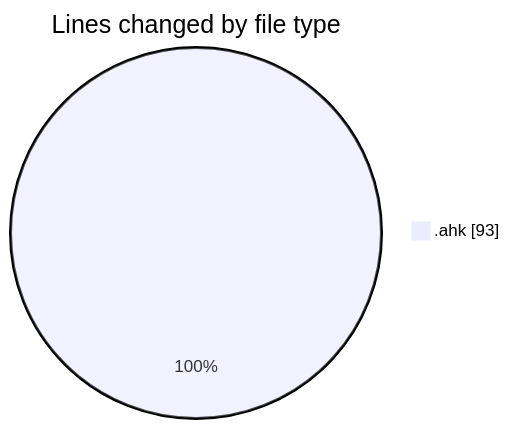
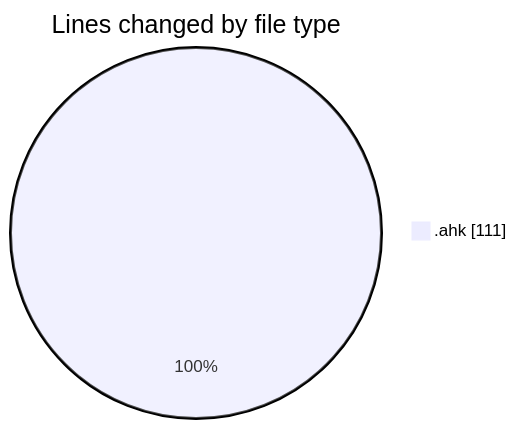
One commit to Ritupan-Deka/code-tracking changed the first of 2 diagrams in 2025-01-26/desktop/README.md. Above: the diagram before and after it, drawn with Mermaid. The commit also changed other lines of this file and 1 other file, not shown here.

````diff
--- a/2025-01-26/desktop/README.md
+++ b/2025-01-26/desktop/README.md
@@ -20,5 +20,5 @@
 ```mermaid
 pie showData
 title Lines changed by file type
-".ahk" : 93
+".ahk" : 111
 ```
````
